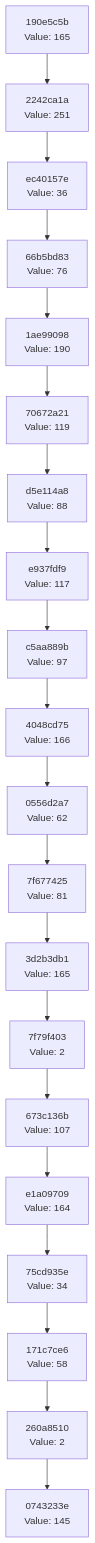
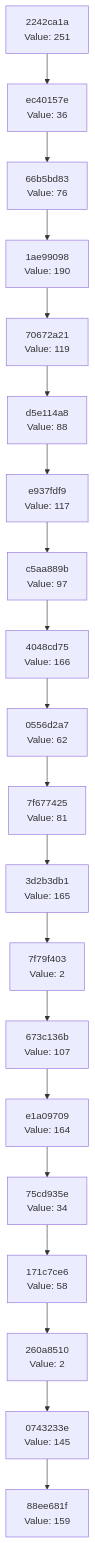
One commit to Abhisheksinha1506/hash-chain-evolver changed the diagram in docs/CHAIN_VISUALIZATION.md. Above: the diagram before and after it, drawn with Mermaid. The commit also changed 1 other file, not shown here.

Commit message:
Evolution Step

````diff
--- a/docs/CHAIN_VISUALIZATION.md
+++ b/docs/CHAIN_VISUALIZATION.md
@@ -3,42 +3,42 @@
 ```mermaid
 graph TD
-    C0["0743233e<br/>Value: 145"]
-    C1["260a8510<br/>Value: 2"]
+    C0["88ee681f<br/>Value: 159"]
+    C1["0743233e<br/>Value: 145"]
     C1 --> C0
-    C2["171c7ce6<br/>Value: 58"]
+    C2["260a8510<br/>Value: 2"]
     C2 --> C1
-    C3["75cd935e<br/>Value: 34"]
+    C3["171c7ce6<br/>Value: 58"]
     C3 --> C2
-    C4["e1a09709<br/>Value: 164"]
+    C4["75cd935e<br/>Value: 34"]
     C4 --> C3
-    C5["673c136b<br/>Value: 107"]
+    C5["e1a09709<br/>Value: 164"]
     C5 --> C4
-    C6["7f79f403<br/>Value: 2"]
+    C6["673c136b<br/>Value: 107"]
     C6 --> C5
-    C7["3d2b3db1<br/>Value: 165"]
+    C7["7f79f403<br/>Value: 2"]
     C7 --> C6
-    C8["7f677425<br/>Value: 81"]
+    C8["3d2b3db1<br/>Value: 165"]
     C8 --> C7
-    C9["0556d2a7<br/>Value: 62"]
+    C9["7f677425<br/>Value: 81"]
     C9 --> C8
-    C10["4048cd75<br/>Value: 166"]
+    C10["0556d2a7<br/>Value: 62"]
     C10 --> C9
-    C11["c5aa889b<br/>Value: 97"]
+    C11["4048cd75<br/>Value: 166"]
     C11 --> C10
-    C12["e937fdf9<br/>Value: 117"]
+    C12["c5aa889b<br/>Value: 97"]
     C12 --> C11
-    C13["d5e114a8<br/>Value: 88"]
+    C13["e937fdf9<br/>Value: 117"]
     C13 --> C12
-    C14["70672a21<br/>Value: 119"]
+    C14["d5e114a8<br/>Value: 88"]
     C14 --> C13
-    C15["1ae99098<br/>Value: 190"]
+    C15["70672a21<br/>Value: 119"]
     C15 --> C14
-    C16["66b5bd83<br/>Value: 76"]
+    C16["1ae99098<br/>Value: 190"]
     C16 --> C15
-    C17["ec40157e<br/>Value: 36"]
+    C17["66b5bd83<br/>Value: 76"]
     C17 --> C16
-    C18["2242ca1a<br/>Value: 251"]
+    C18["ec40157e<br/>Value: 36"]
     C18 --> C17
-    C19["190e5c5b<br/>Value: 165"]
+    C19["2242ca1a<br/>Value: 251"]
     C19 --> C18
 ```
````
